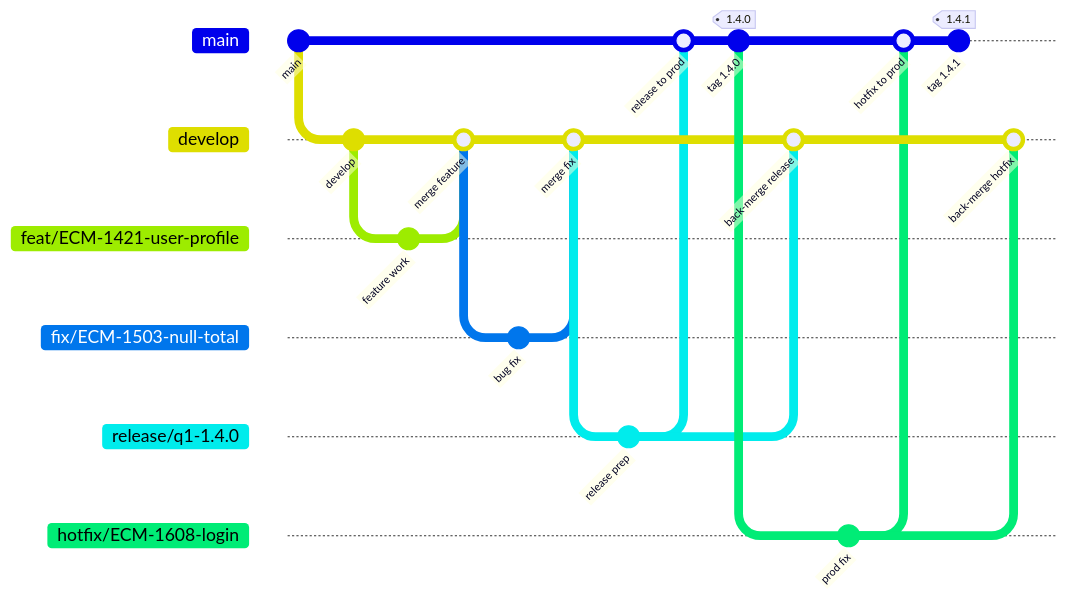
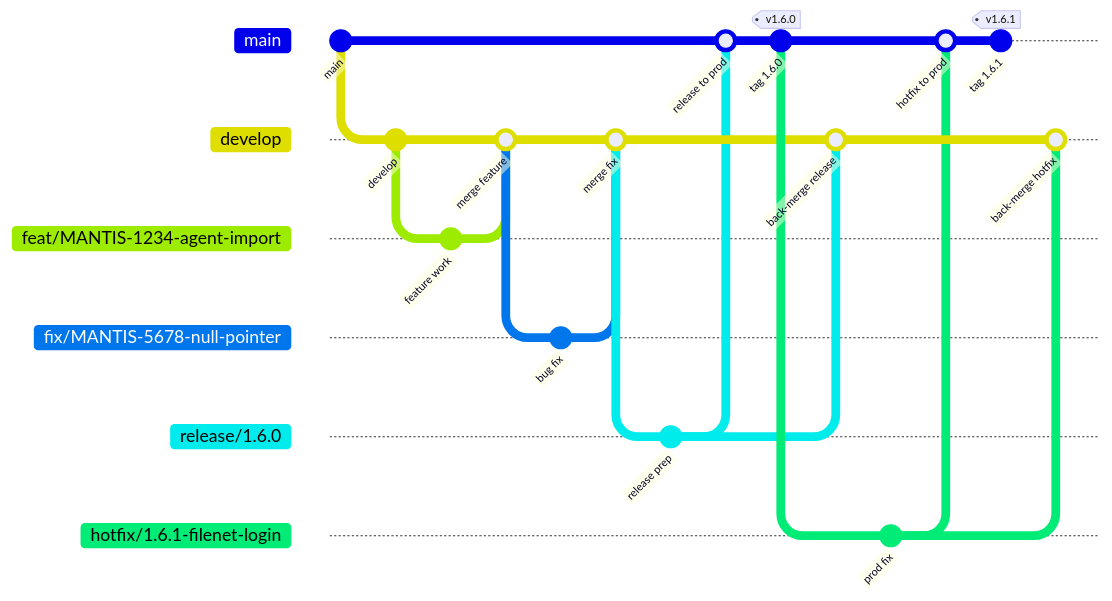
The diagram in gitWorkflows/ECM-GIT-STANDARDS.md (DatatechITSolutions/ECM_DEVELOPMENT), drawn with Mermaid before and after one commit. The commit also changed other lines of this file, not shown here.

````diff
--- a/gitWorkflows/ECM-GIT-STANDARDS.md
+++ b/gitWorkflows/ECM-GIT-STANDARDS.md
@@ -69,37 +139,37 @@
 ```mermaid
 gitGraph
     commit id: "main"
     branch develop
     commit id: "develop"
 
-    branch feat/ECM-1421-user-profile
+    branch feat/MANTIS-1234-agent-import
     commit id: "feature work"
     checkout develop
-    merge feat/ECM-1421-user-profile id: "merge feature"
+    merge feat/MANTIS-1234-agent-import id: "merge feature"
 
-    branch fix/ECM-1503-null-total
+    branch fix/MANTIS-5678-null-pointer
     commit id: "bug fix"
     checkout develop
-    merge fix/ECM-1503-null-total id: "merge fix"
+    merge fix/MANTIS-5678-null-pointer id: "merge fix"
 
-    branch release/q1-1.4.0
+    branch release/1.6.0
     commit id: "release prep"
 
     checkout main
-    merge release/q1-1.4.0 id: "release to prod"
-    commit id: "tag 1.4.0" tag: "1.4.0"
+    merge release/1.6.0 id: "release to prod"
+    commit id: "tag 1.6.0" tag: "v1.6.0"
 
     checkout develop
-    merge release/q1-1.4.0 id: "back-merge release"
+    merge release/1.6.0 id: "back-merge release"
 
     checkout main
-    branch hotfix/ECM-1608-login
+    branch hotfix/1.6.1-filenet-login
     commit id: "prod fix"
 
     checkout main
-    merge hotfix/ECM-1608-login id: "hotfix to prod"
-    commit id: "tag 1.4.1" tag: "1.4.1"
+    merge hotfix/1.6.1-filenet-login id: "hotfix to prod"
+    commit id: "tag 1.6.1" tag: "v1.6.1"
 
     checkout develop
-    merge hotfix/ECM-1608-login id: "back-merge hotfix"
+    merge hotfix/1.6.1-filenet-login id: "back-merge hotfix"
 ```
````
